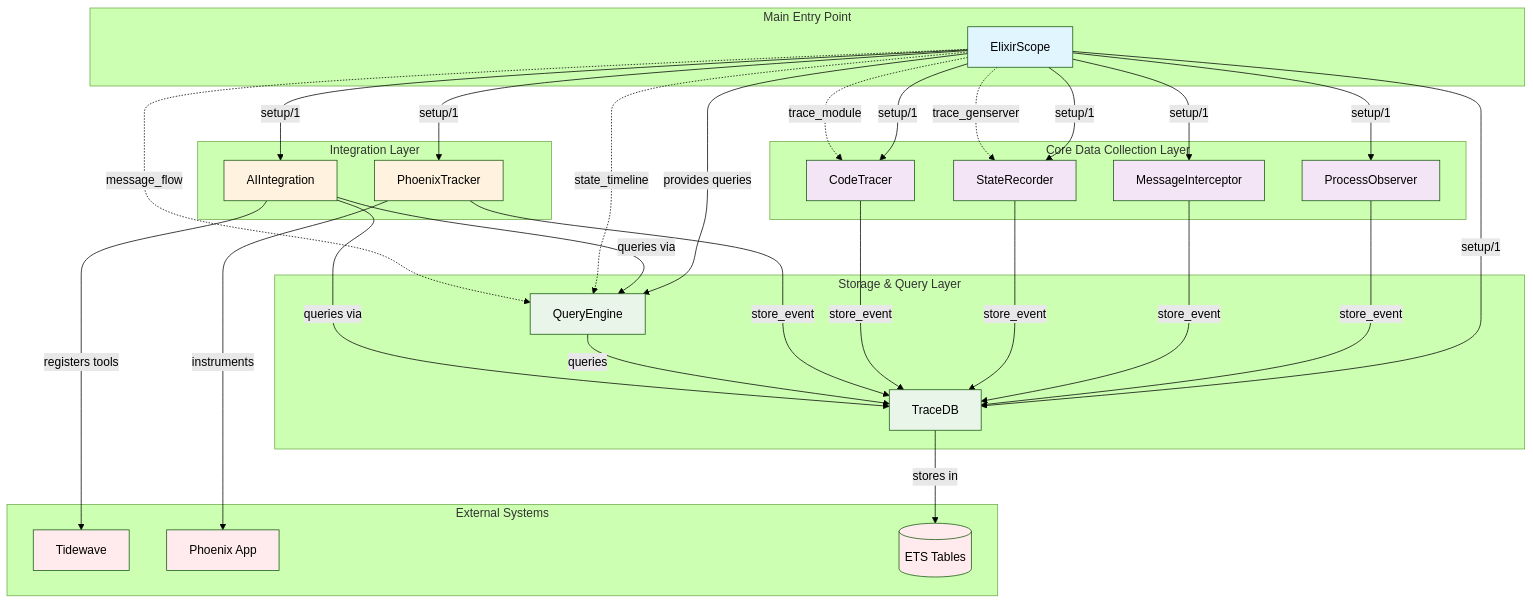
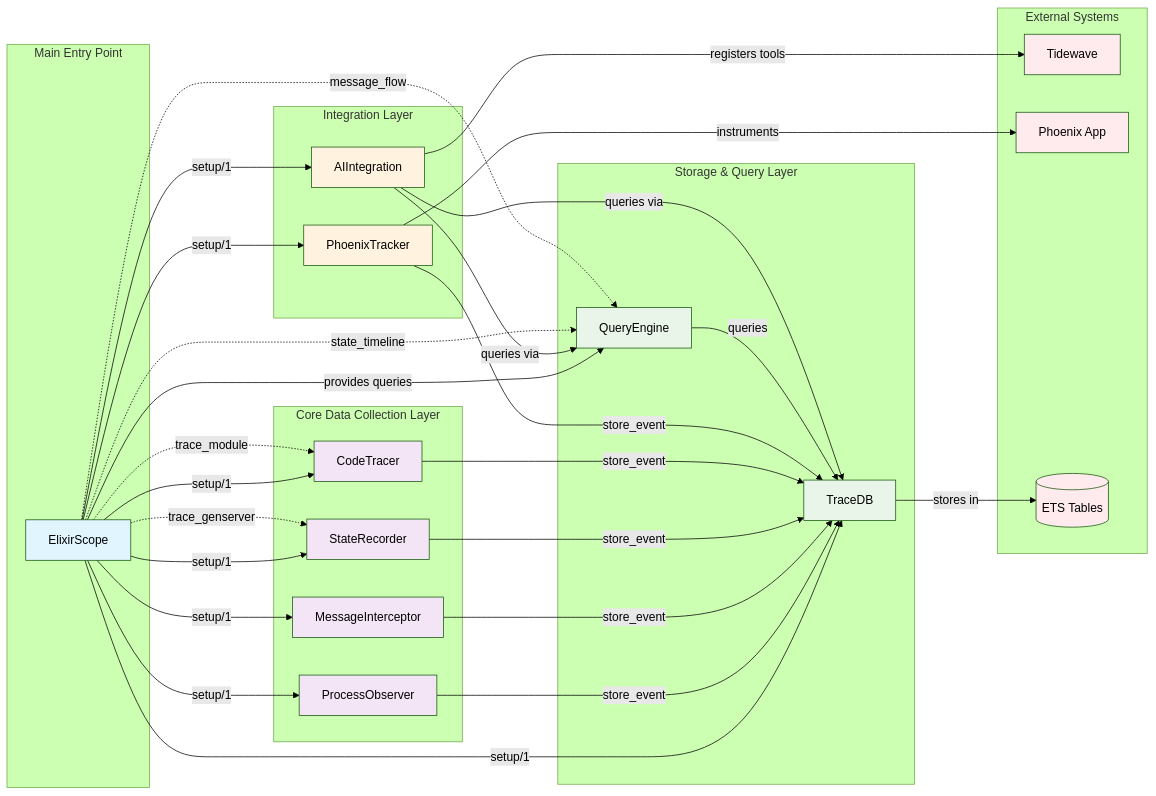
Before and after one commit to nshkrdotcom/ex_dbg: the first of 9 diagrams in DIAGS.md, drawn with Mermaid (forest theme). The commit also changed other lines of this file, not shown here.

````diff
--- a/DIAGS.md
+++ b/DIAGS.md
@@ -6,78 +6,78 @@
 ```mermaid
-graph TB
+graph LR
     subgraph "Main Entry Point"
         ES[ElixirScope]
     end
     
     subgraph "Core Data Collection Layer"
         PO[ProcessObserver]
         MI[MessageInterceptor]
         SR[StateRecorder]
         CT[CodeTracer]
     end
     
     subgraph "Storage & Query Layer"
         TDB[TraceDB]
         QE[QueryEngine]
     end
     
     subgraph "Integration Layer"
         AI[AIIntegration]
         PT[PhoenixTracker]
     end
     
     subgraph "External Systems"
         TW[Tidewave]
         PX[Phoenix App]
         ETS[(ETS Tables)]
     end
     
     %% Main setup connections
     ES -->|setup/1| PO
     ES -->|setup/1| MI
     ES -->|setup/1| SR
     ES -->|setup/1| CT
     ES -->|setup/1| TDB
     ES -->|setup/1| AI
     ES -->|setup/1| PT
     
     %% Data flow to storage
     PO -->|store_event| TDB
     MI -->|store_event| TDB
     SR -->|store_event| TDB
     CT -->|store_event| TDB
     PT -->|store_event| TDB
     
     %% Storage implementation
     TDB -->|stores in| ETS
     
     %% Query layer
     QE -->|queries| TDB
     ES -->|provides queries| QE
     
     %% AI Integration
     AI -->|registers tools| TW
     AI -->|queries via| QE
     AI -->|queries via| TDB
     
     %% Phoenix Integration
     PT -->|instruments| PX
     
     %% User interactions
     ES -.->|trace_module| CT
     ES -.->|trace_genserver| SR
     ES -.->|state_timeline| QE
     ES -.->|message_flow| QE
     
     classDef entry fill:#e1f5fe,color:#000
     classDef collector fill:#f3e5f5,color:#000
     classDef storage fill:#e8f5e8,color:#000
     classDef integration fill:#fff3e0,color:#000
     classDef external fill:#ffebee,color:#000
     
     class ES entry
     class PO,MI,SR,CT collector
     class TDB,QE storage
     class AI,PT integration
     class TW,PX,ETS external
 ```
````
